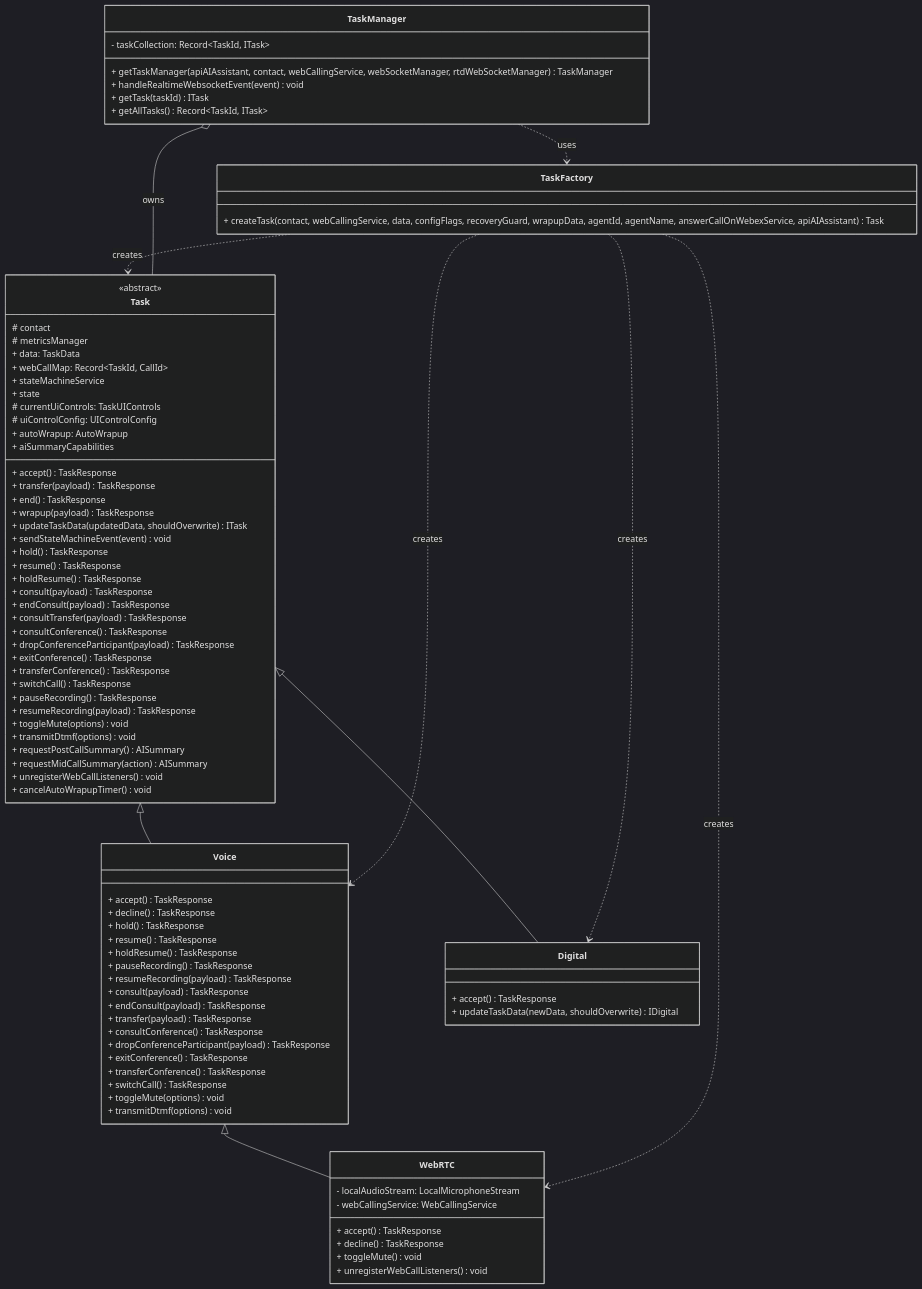
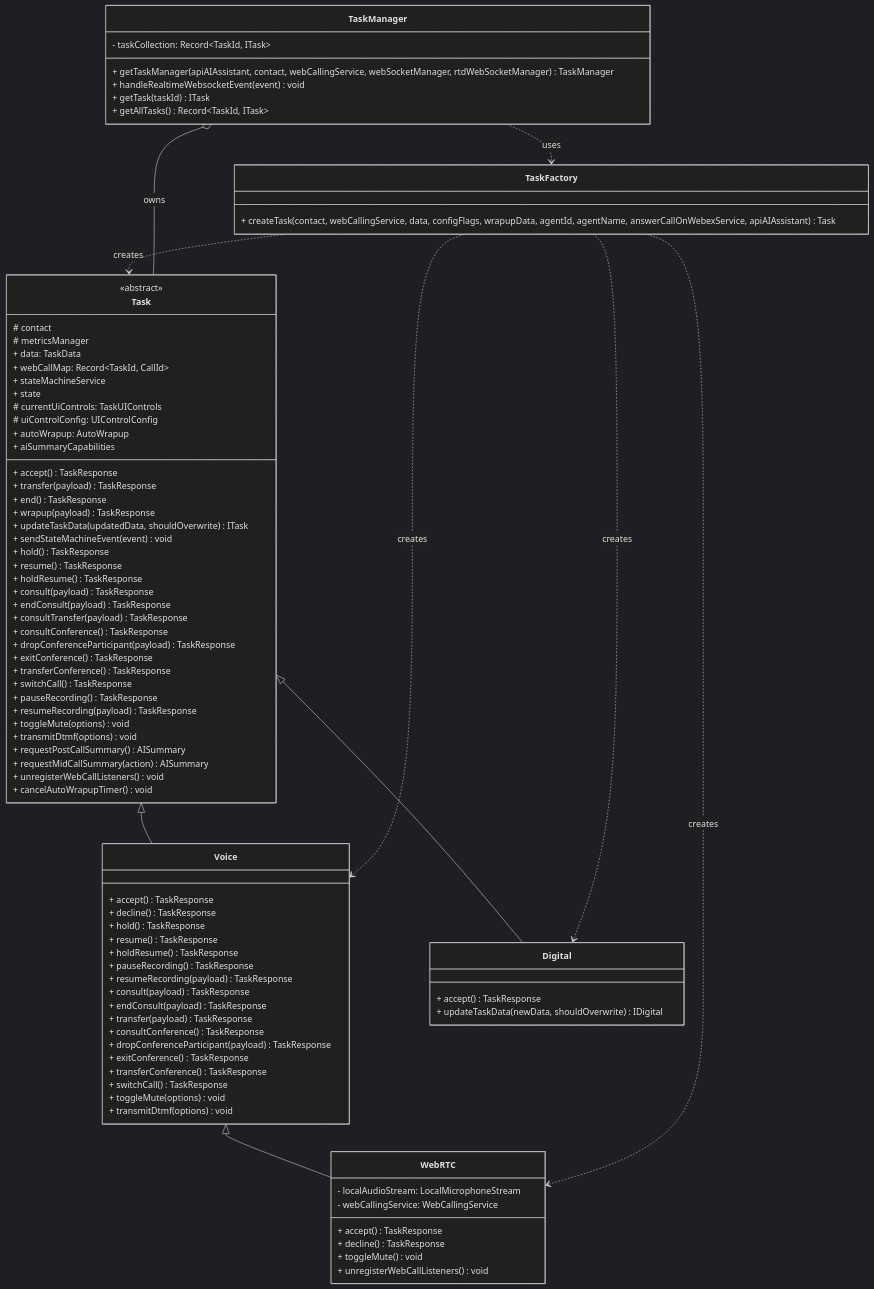
Before and after one commit to webex/webex-js-sdk: diagram 14 of 14 in packages/@webex/contact-center/src/services/task/docs/README.md, drawn with Mermaid (dark theme). The commit also changed other lines of this file and 45 other files, not shown here.

Commit message:
refactor(contact-center): narrow multi-region recovery patch

```diff
--- a/packages/@webex/contact-center/src/services/task/docs/README.md
+++ b/packages/@webex/contact-center/src/services/task/docs/README.md
@@ -1313,7 +1278,7 @@
     }
 
     class TaskFactory {
-      + createTask(contact, webCallingService, data, configFlags, recoveryGuard, wrapupData, agentId, agentName, answerCallOnWebexService, apiAIAssistant) Task
+      + createTask(contact, webCallingService, data, configFlags, wrapupData, agentId, agentName, answerCallOnWebexService, apiAIAssistant) Task
     }
 
     class TaskManager {
```
